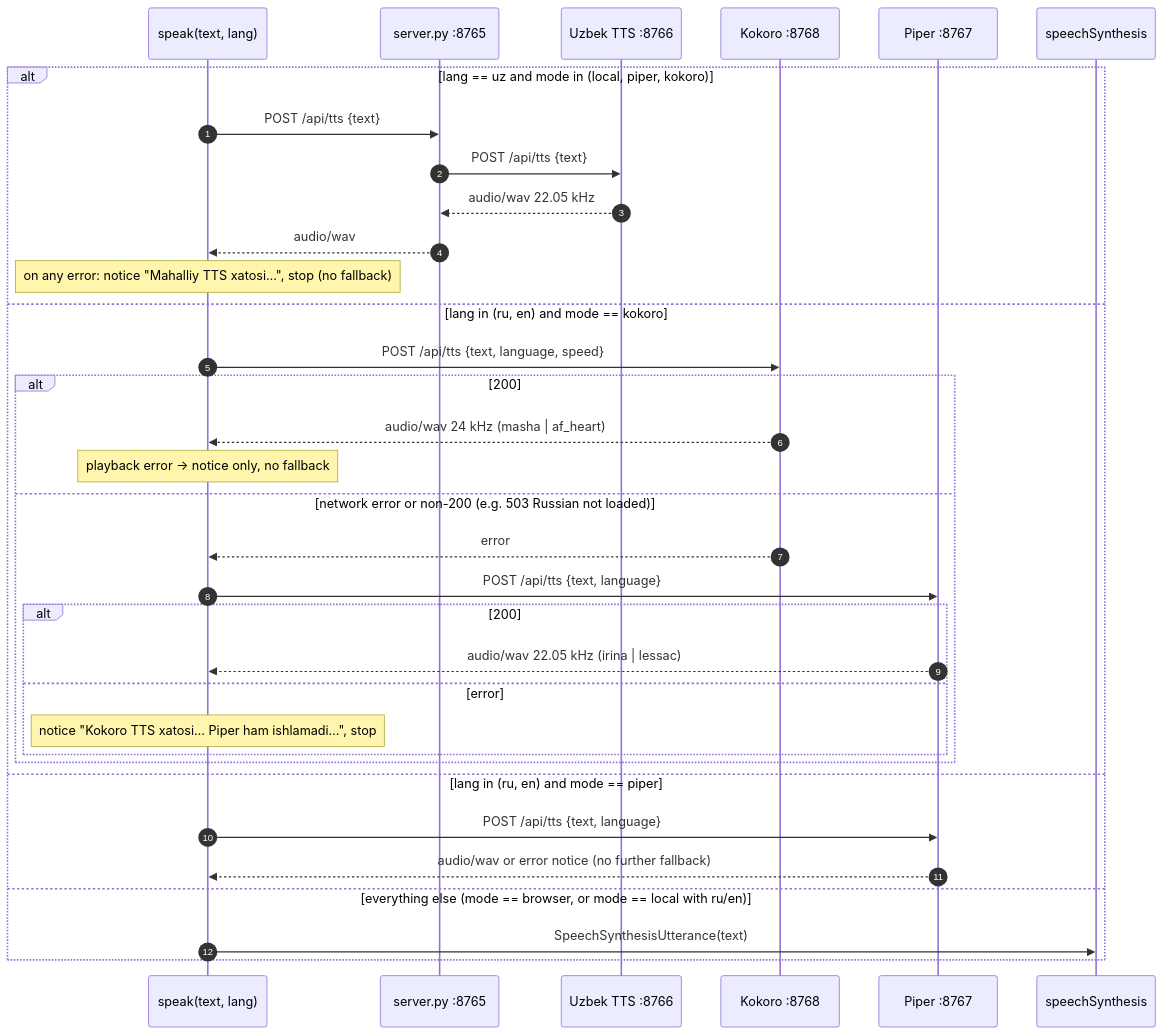
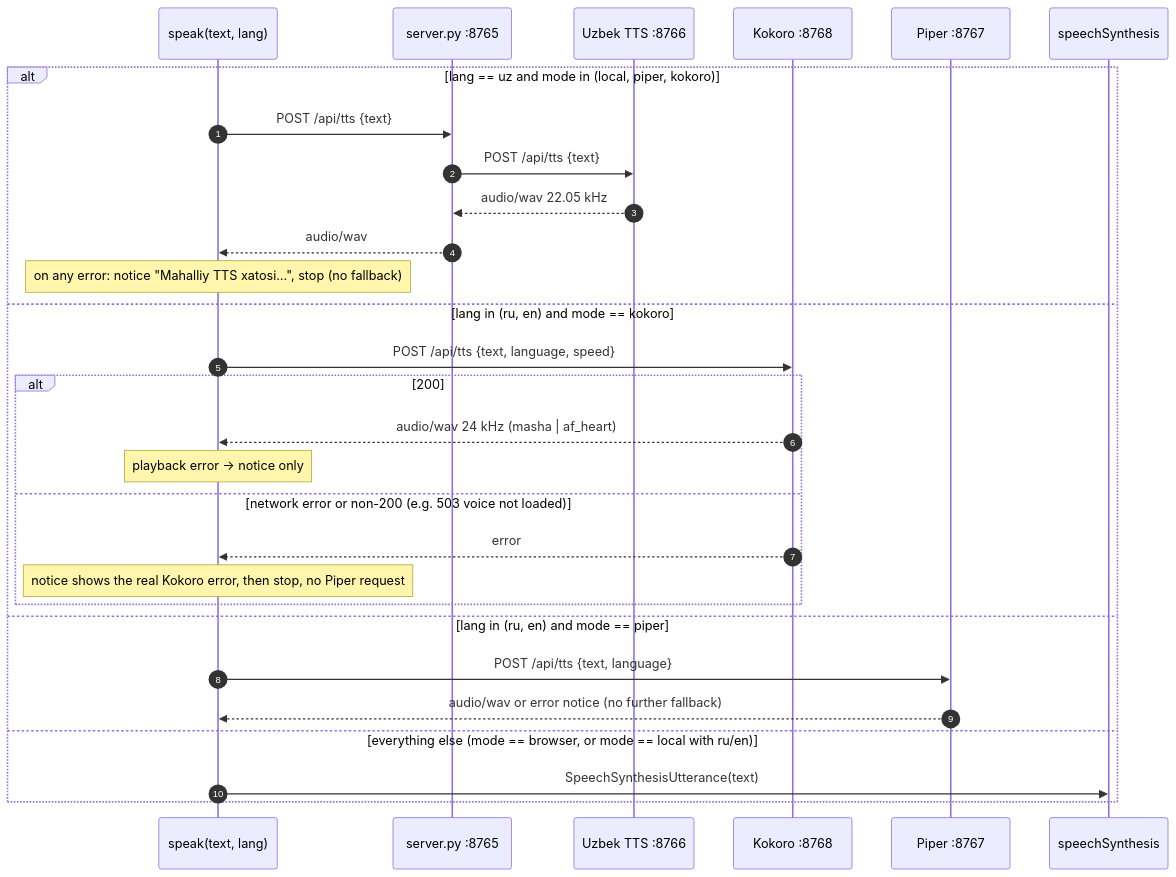
Before and after one commit to FirdavsNurmatov/local-ai-voice-assistant: the third of 4 diagrams in docs/ARCHITECTURE.md, drawn with Mermaid. The commit also changed other lines of this file and 14 other files, not shown here.

````diff
--- a/docs/ARCHITECTURE.md
+++ b/docs/ARCHITECTURE.md
@@ -103,37 +108,32 @@
 ```mermaid
 sequenceDiagram
     autonumber
     participant UI as speak(text, lang)
     participant S as server.py :8765
     participant U as Uzbek TTS :8766
     participant K as Kokoro :8768
     participant P as Piper :8767
     participant B as speechSynthesis
 
     alt lang == uz and mode in (local, piper, kokoro)
         UI->>S: POST /api/tts {text}
         S->>U: POST /api/tts {text}
         U-->>S: audio/wav 22.05 kHz
         S-->>UI: audio/wav
         Note over UI: on any error: notice "Mahalliy TTS xatosi…", stop (no fallback)
     else lang in (ru, en) and mode == kokoro
         UI->>K: POST /api/tts {text, language, speed}
         alt 200
             K-->>UI: audio/wav 24 kHz (masha | af_heart)
-            Note over UI: playback error → notice only, no fallback
-        else network error or non-200 (e.g. 503 Russian not loaded)
+            Note over UI: playback error → notice only
+        else network error or non-200 (e.g. 503 voice not loaded)
             K-->>UI: error
-            UI->>P: POST /api/tts {text, language}
-            alt 200
-                P-->>UI: audio/wav 22.05 kHz (irina | lessac)
-            else error
-                Note over UI: notice "Kokoro TTS xatosi… Piper ham ishlamadi…", stop
-            end
+            Note over UI: notice shows the real Kokoro error, then stop, no Piper request
         end
     else lang in (ru, en) and mode == piper
         UI->>P: POST /api/tts {text, language}
         P-->>UI: audio/wav or error notice (no further fallback)
     else everything else (mode == browser, or mode == local with ru/en)
         UI->>B: SpeechSynthesisUtterance(text)
     end
 ```
````
